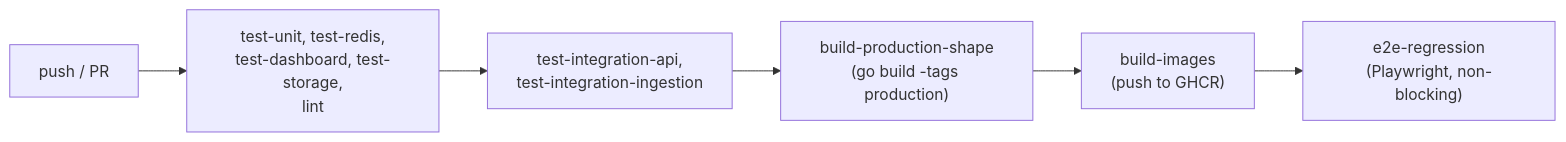
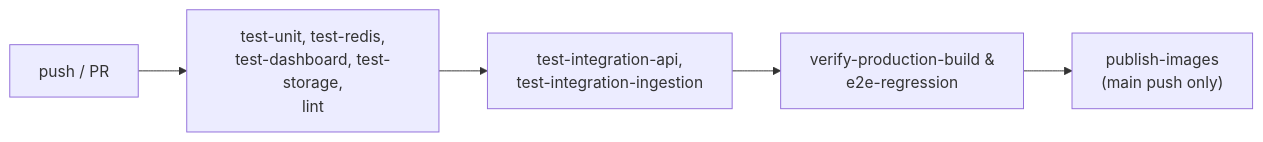
The sixth of 6 diagrams in docs/ARCHITECTURE.md (ahmd-soliman/axiaops), drawn with Mermaid before and after one commit. The commit also changed other lines of this file and 6 other files, not shown here.

````diff
--- a/docs/ARCHITECTURE.md
+++ b/docs/ARCHITECTURE.md
@@ -536,8 +536,7 @@
 ```mermaid
 flowchart LR
     push[push / PR] --> test["test-unit, test-redis,<br/>test-dashboard, test-storage,<br/>lint"]
     test --> integ["test-integration-api,<br/>test-integration-ingestion"]
-    integ --> build["build-production-shape<br/>(go build -tags production)"]
-    build --> images["build-images<br/>(push to GHCR)"]
-    images --> e2e["e2e-regression<br/>(Playwright, non-blocking)"]
+    integ --> stage3["verify-production-build &<br/>e2e-regression"]
+    stage3 --> publish["publish-images<br/>(main push only)"]
 ```
````
